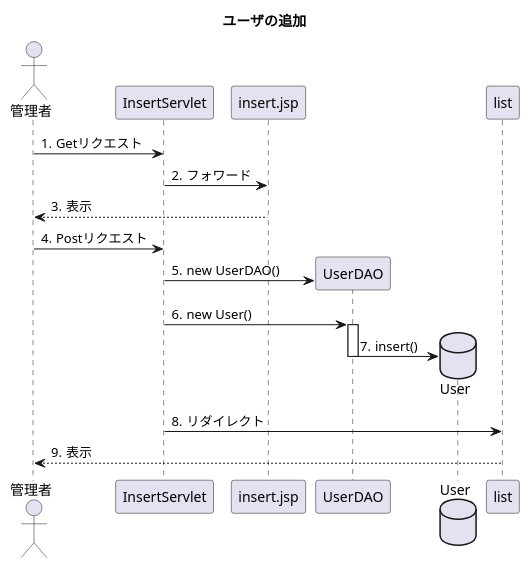
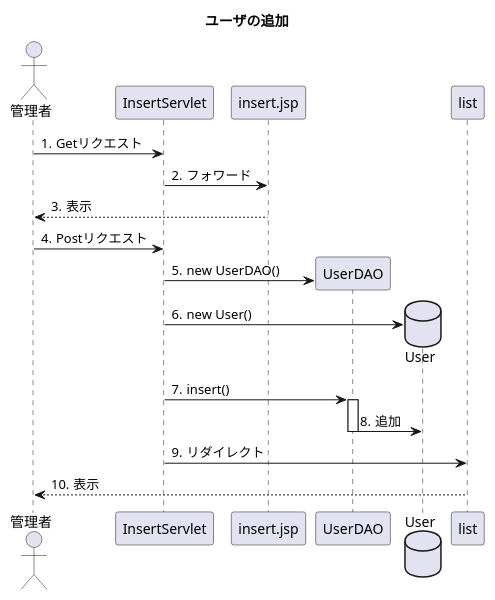
Before and after one commit to toufu66/ProjectC: the diagram in uml_detail/seq_insert.pu, drawn with PlantUML.

Commit message:
詳細シーケンス ユーザ追加

```diff
--- a/uml_detail/seq_insert.pu
+++ b/uml_detail/seq_insert.pu
@@ -1,24 +1,25 @@
 @startuml
 title ユーザの追加
 
 autonumber "#."
 
 actor 管理者
 participant InsertServlet
 participant insert.jsp
 participant UserDAO
 database User
 
 
 管理者 -> InsertServlet:Getリクエスト
 InsertServlet -> insert.jsp:フォワード
 insert.jsp --> 管理者:表示
 管理者 -> InsertServlet:Postリクエスト
 InsertServlet -> UserDAO**:new UserDAO()
-InsertServlet -> UserDAO++:new User()
-UserDAO -> User**:insert()
+InsertServlet -> User**:new User()
+InsertServlet -> UserDAO++:insert()
+UserDAO -> User:追加
 UserDAO--
 InsertServlet -> list:リダイレクト
 list --> 管理者:表示
 
 @enduml
```
